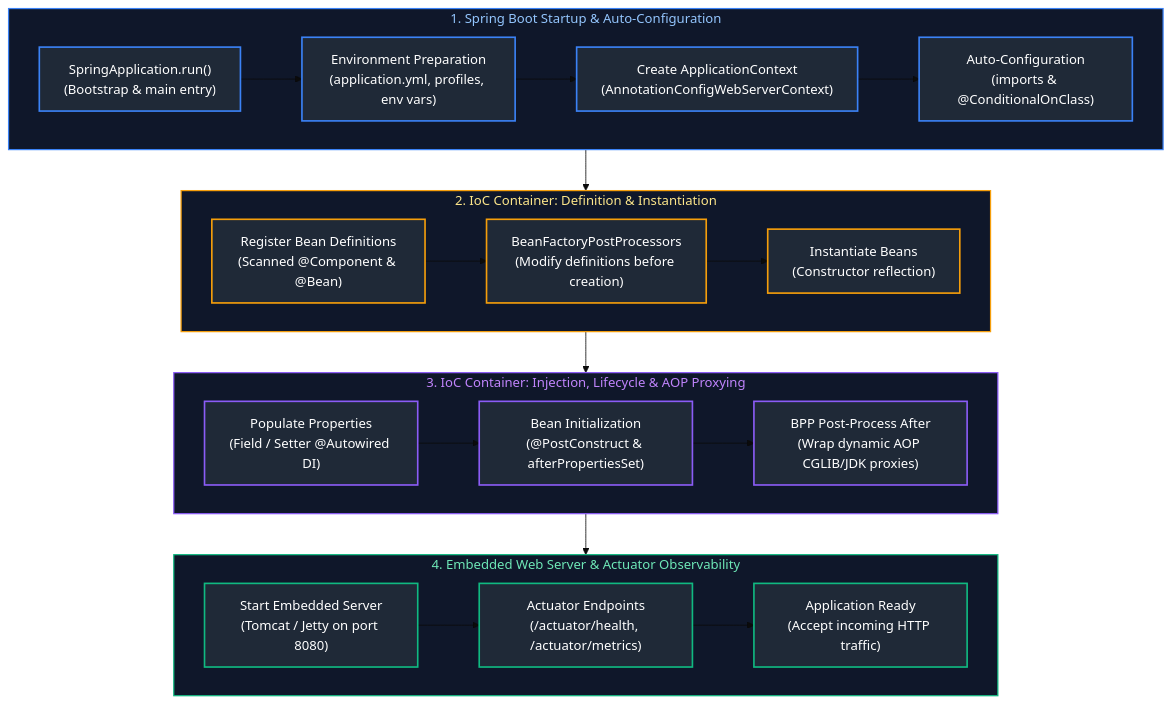
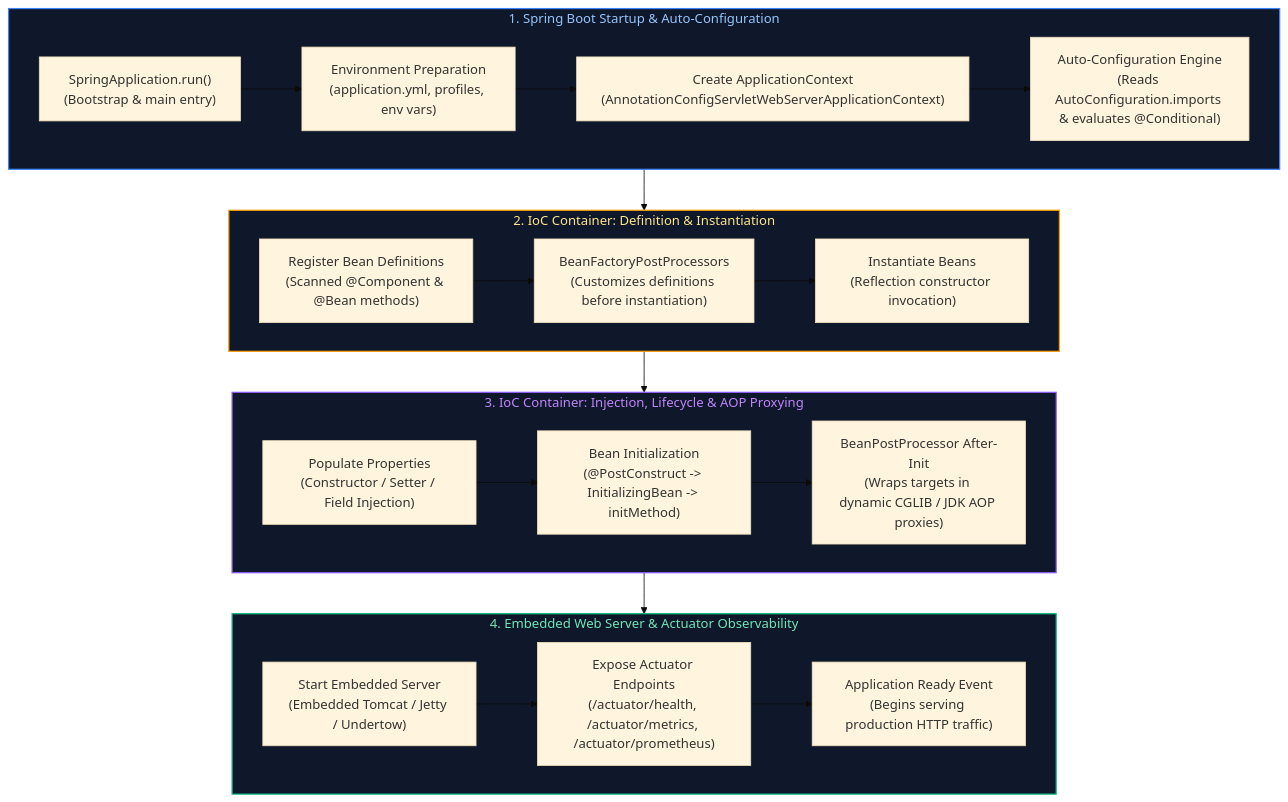
Before and after one commit to joydeep-biswas/Interview-Preparation: the first of 19 diagrams in Java Backend Engineering/07_spring_framework_spring_boot.md, drawn with Mermaid (base theme). The commit also changed other lines of this file and 143 other files, not shown here.

````diff
--- a/Java Backend Engineering/07_spring_framework_spring_boot.md
+++ b/Java Backend Engineering/07_spring_framework_spring_boot.md
@@ -9,48 +9,31 @@
 ```mermaid
 flowchart TD
     subgraph Stage1 ["1. Spring Boot Startup & Auto-Configuration"]
         direction LR
-        Main["SpringApplication.run()<br/>(Bootstrap & main entry)"] --> Env["Environment Preparation<br/>(application.yml, profiles, env vars)"] --> Ctx["Create ApplicationContext<br/>(AnnotationConfigWebServerContext)"] --> AutoCfg["Auto-Configuration<br/>(imports & @ConditionalOnClass)"]
+        Main["SpringApplication.run()<br/>(Bootstrap & main entry)"] --> Env["Environment Preparation<br/>(application.yml, profiles, env vars)"] --> Ctx["Create ApplicationContext<br/>(AnnotationConfigServletWebServerApplicationContext)"] --> AutoCfg["Auto-Configuration Engine<br/>(Reads AutoConfiguration.imports & evaluates @Conditional)"]
     end
 
     subgraph Stage2 ["2. IoC Container: Definition & Instantiation"]
         direction LR
-        Defs["Register Bean Definitions<br/>(Scanned @Component & @Bean)"] --> BFPP["BeanFactoryPostProcessors<br/>(Modify definitions before creation)"] --> Instantiate["Instantiate Beans<br/>(Constructor reflection)"]
+        Defs["Register Bean Definitions<br/>(Scanned @Component & @Bean methods)"] --> BFPP["BeanFactoryPostProcessors<br/>(Customizes definitions before instantiation)"] --> Instantiate["Instantiate Beans<br/>(Reflection constructor invocation)"]
     end
 
     subgraph Stage3 ["3. IoC Container: Injection, Lifecycle & AOP Proxying"]
         direction LR
-        Populate["Populate Properties<br/>(Field / Setter @Autowired DI)"] --> Init["Bean Initialization<br/>(@PostConstruct & afterPropertiesSet)"] --> AOP["BPP Post-Process After<br/>(Wrap dynamic AOP CGLIB/JDK proxies)"]
+        Populate["Populate Properties<br/>(Constructor / Setter / Field Injection)"] --> Init["Bean Initialization<br/>(@PostConstruct -> InitializingBean -> initMethod)"] --> AOP["BeanPostProcessor After-Init<br/>(Wraps targets in dynamic CGLIB / JDK AOP proxies)"]
     end
 
     subgraph Stage4 ["4. Embedded Web Server & Actuator Observability"]
         direction LR
-        Tomcat["Start Embedded Server<br/>(Tomcat / Jetty on port 8080)"] --> Actuator["Actuator Endpoints<br/>(/actuator/health, /actuator/metrics)"] --> Ready["Application Ready<br/>(Accept incoming HTTP traffic)"]
+        Tomcat["Start Embedded Server<br/>(Embedded Tomcat / Jetty / Undertow)"] --> Actuator["Expose Actuator Endpoints<br/>(/actuator/health, /actuator/metrics, /actuator/prometheus)"] --> Ready["Application Ready Event<br/>(Begins serving production HTTP traffic)"]
     end
 
     Stage1 --> Stage2
     Stage2 --> Stage3
     Stage3 --> Stage4
 
     style Stage1 fill:#0f172a,stroke:#3b82f6,stroke-width:1.5px,color:#93c5fd
     style Stage2 fill:#0f172a,stroke:#f59e0b,stroke-width:1.5px,color:#fde68a
     style Stage3 fill:#0f172a,stroke:#8b5cf6,stroke-width:1.5px,color:#c084fc
     style Stage4 fill:#0f172a,stroke:#10b981,stroke-width:1.5px,color:#6ee7b7
-
-    style Main fill:#1f2937,stroke:#3b82f6,stroke-width:2px,color:#fff
-    style Env fill:#1f2937,stroke:#3b82f6,stroke-width:2px,color:#fff
-    style Ctx fill:#1f2937,stroke:#3b82f6,stroke-width:2px,color:#fff
-    style AutoCfg fill:#1f2937,stroke:#3b82f6,stroke-width:2px,color:#fff
-
-    style Defs fill:#1f2937,stroke:#f59e0b,stroke-width:2px,color:#fff
-    style BFPP fill:#1f2937,stroke:#f59e0b,stroke-width:2px,color:#fff
-    style Instantiate fill:#1f2937,stroke:#f59e0b,stroke-width:2px,color:#fff
-
-    style Populate fill:#1f2937,stroke:#8b5cf6,stroke-width:2px,color:#fff
-    style Init fill:#1f2937,stroke:#8b5cf6,stroke-width:2px,color:#fff
-    style AOP fill:#1f2937,stroke:#8b5cf6,stroke-width:2px,color:#fff
-
-    style Tomcat fill:#1f2937,stroke:#10b981,stroke-width:2px,color:#fff
-    style Actuator fill:#1f2937,stroke:#10b981,stroke-width:2px,color:#fff
-    style Ready fill:#1f2937,stroke:#10b981,stroke-width:2px,color:#fff
 ```
````
